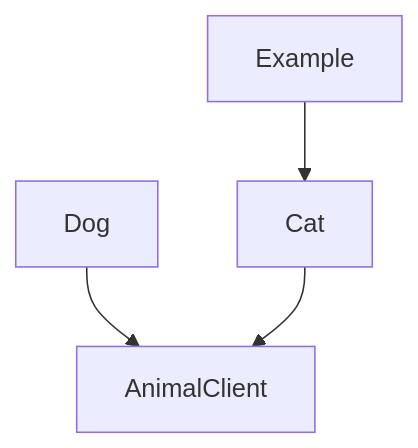
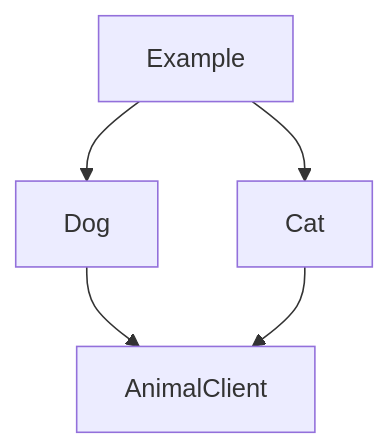
One commit to daikimat/depermaid changed the first of 4 diagrams in README.md. Above: the diagram before and after it, drawn with Mermaid. The commit also changed other lines of this file and 1 other file, not shown here.

````diff
--- a/README.md
+++ b/README.md
@@ -35,10 +35,11 @@
 ```mermaid
 graph TD;
     Example;
     Example-->Cat;
+    Example-->Dog;
     Dog;
     Dog-->AnimalClient;
     Cat;
     Cat-->AnimalClient;
     AnimalClient;
 ```
````
